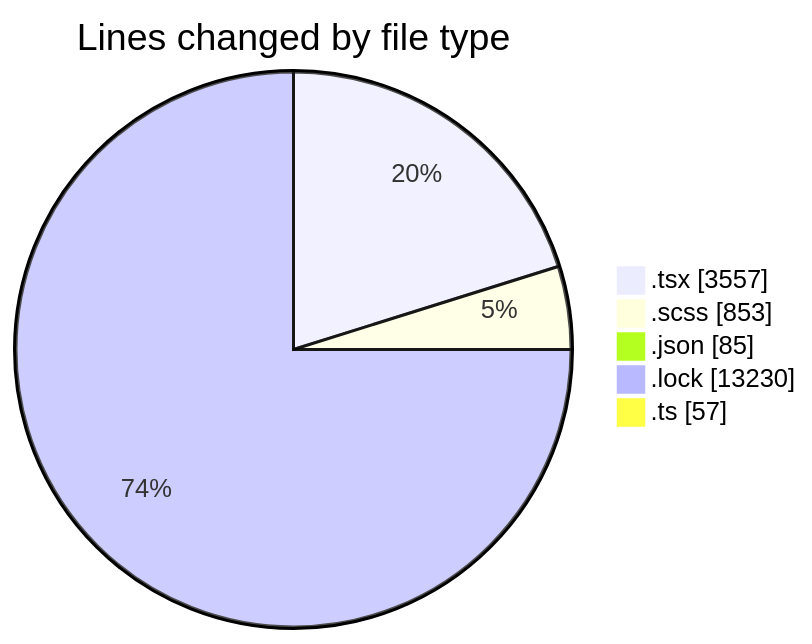
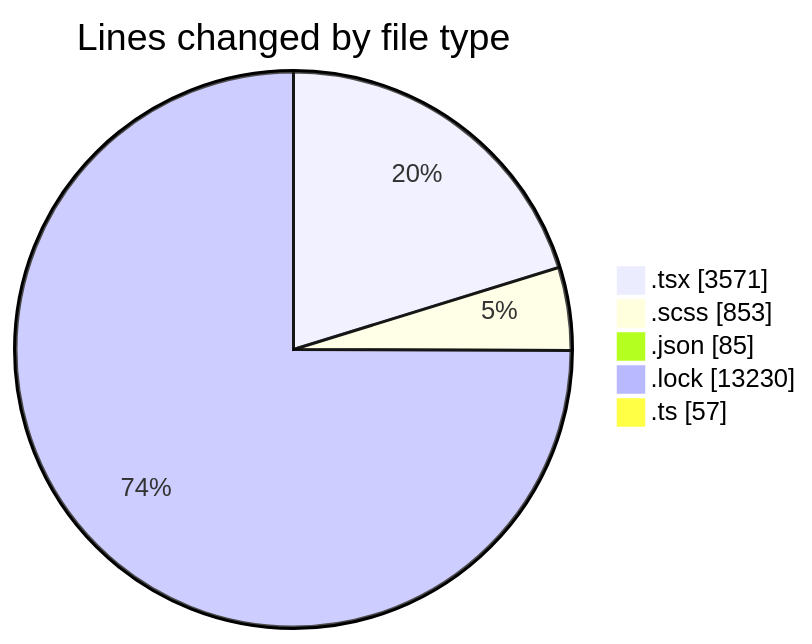
The first of 2 diagrams in 2025-10-03/cda/README.md (momahboobian/code-tracking), drawn with Mermaid before and after one commit. The commit also changed other lines of this file and 1 other file, not shown here.

````diff
--- a/2025-10-03/cda/README.md
+++ b/2025-10-03/cda/README.md
@@ -30,9 +30,9 @@
 ```mermaid
 pie showData
 title Lines changed by file type
-".tsx" : 3557
+".tsx" : 3571
 ".scss" : 853
 ".json" : 85
 ".lock" : 13230
 ".ts" : 57
 ```
````
